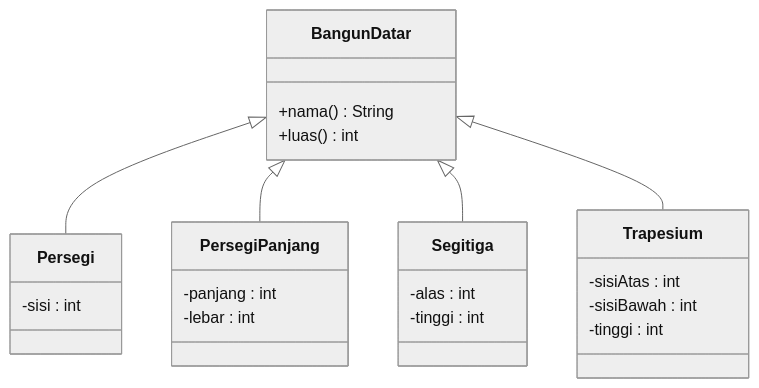
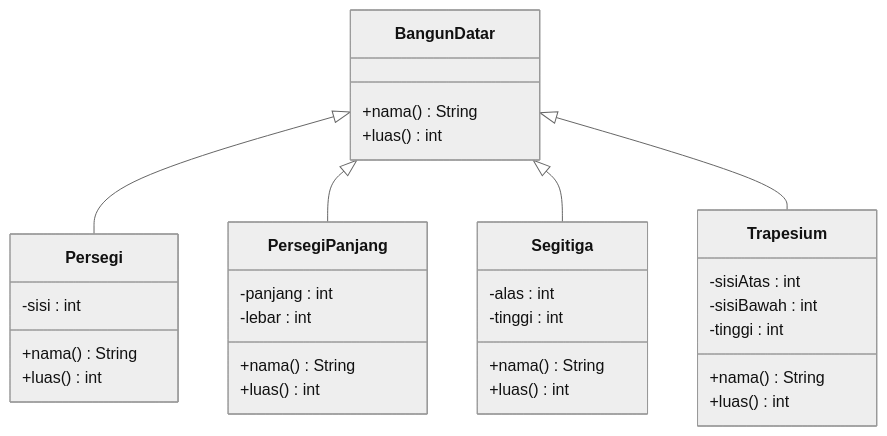
Before and after one commit to antonprafanto/PBO2026: the third of 8 diagrams in Pertemuan-09-Polimorfisme/README.md, drawn with Mermaid (neutral theme). The commit also changed other lines of this file and 291 other files, not shown here.

````diff
--- a/Pertemuan-09-Polimorfisme/README.md
+++ b/Pertemuan-09-Polimorfisme/README.md
@@ -197,27 +199,35 @@
 ```mermaid
 classDiagram
     class BangunDatar {
         +nama() String
         +luas() int
     }
     class Persegi {
         -sisi : int
+        +nama() String
+        +luas() int
     }
     class PersegiPanjang {
         -panjang : int
         -lebar : int
+        +nama() String
+        +luas() int
     }
     class Segitiga {
         -alas : int
         -tinggi : int
+        +nama() String
+        +luas() int
     }
     class Trapesium {
         -sisiAtas : int
         -sisiBawah : int
         -tinggi : int
+        +nama() String
+        +luas() int
     }
     BangunDatar <|-- Persegi
     BangunDatar <|-- PersegiPanjang
     BangunDatar <|-- Segitiga
     BangunDatar <|-- Trapesium
 ```
````
